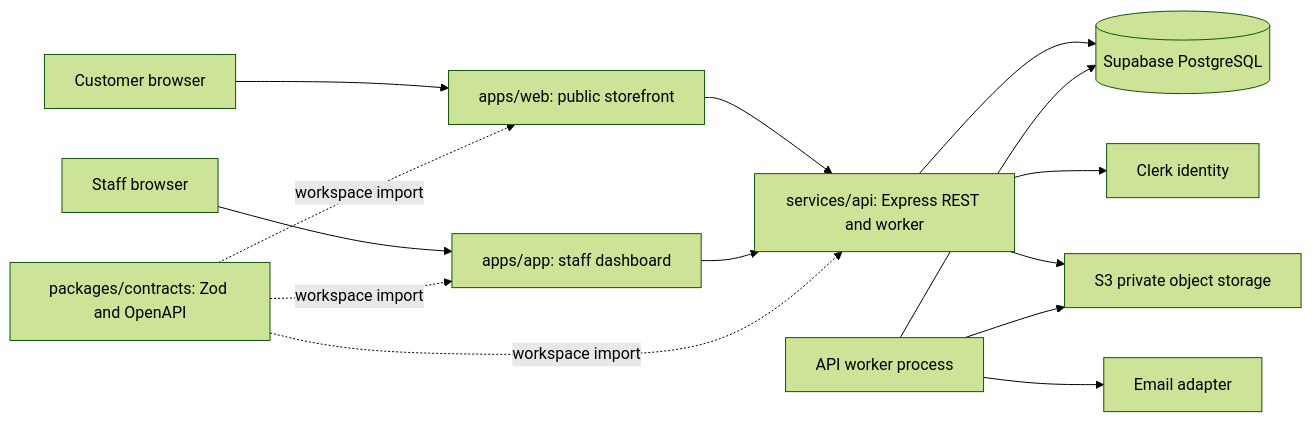
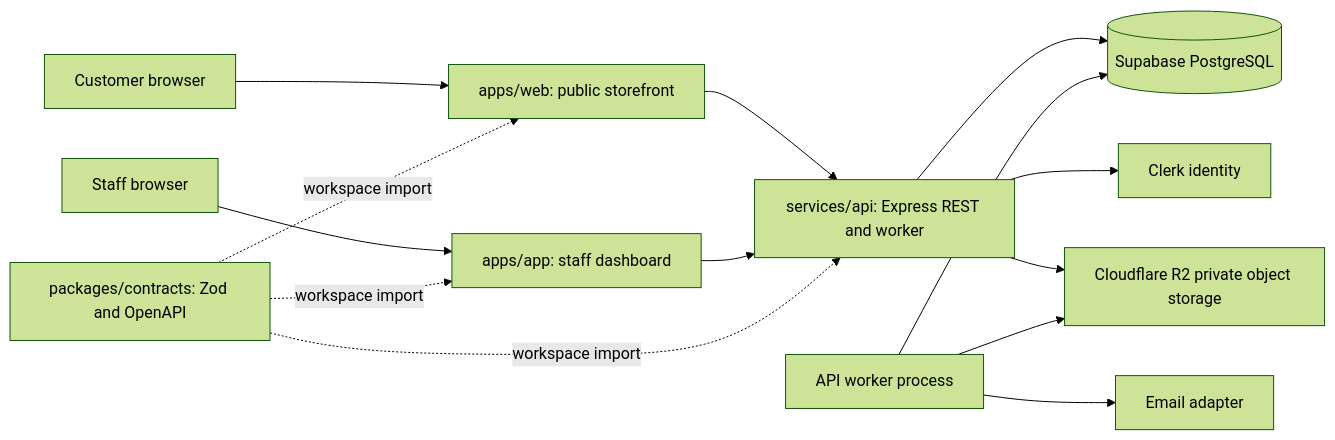
One commit to Drezivo/drezivo changed the first of 2 diagrams in ROOT-REPOSITORY-ARCHITECTURE.md. Above: the diagram before and after it, drawn with Mermaid (forest theme). The commit also changed other lines of this file and 51 other files, not shown here.

First line of the commit message:
feat(storage): migrate object storage to Cloudflare R2

````diff
--- a/ROOT-REPOSITORY-ARCHITECTURE.md
+++ b/ROOT-REPOSITORY-ARCHITECTURE.md
@@ -26,16 +26,16 @@
 ```mermaid
 flowchart LR
   CUSTOMER[Customer browser] --> WEB[apps/web: public storefront]
   STAFF[Staff browser] --> APP[apps/app: staff dashboard]
   WEB --> API[services/api: Express REST and worker]
   APP --> API
   API --> DB[(Supabase PostgreSQL)]
   API --> CLERK[Clerk identity]
-  API --> S3[S3 private object storage]
+  API --> OBJ[Cloudflare R2 private object storage]
   WORKER[API worker process] --> DB
-  WORKER --> S3
+  WORKER --> OBJ
   WORKER --> MAIL[Email adapter]
   CONTRACTS[packages/contracts: Zod and OpenAPI] -. workspace import .-> API
   CONTRACTS -. workspace import .-> APP
   CONTRACTS -. workspace import .-> WEB
 ```
````
